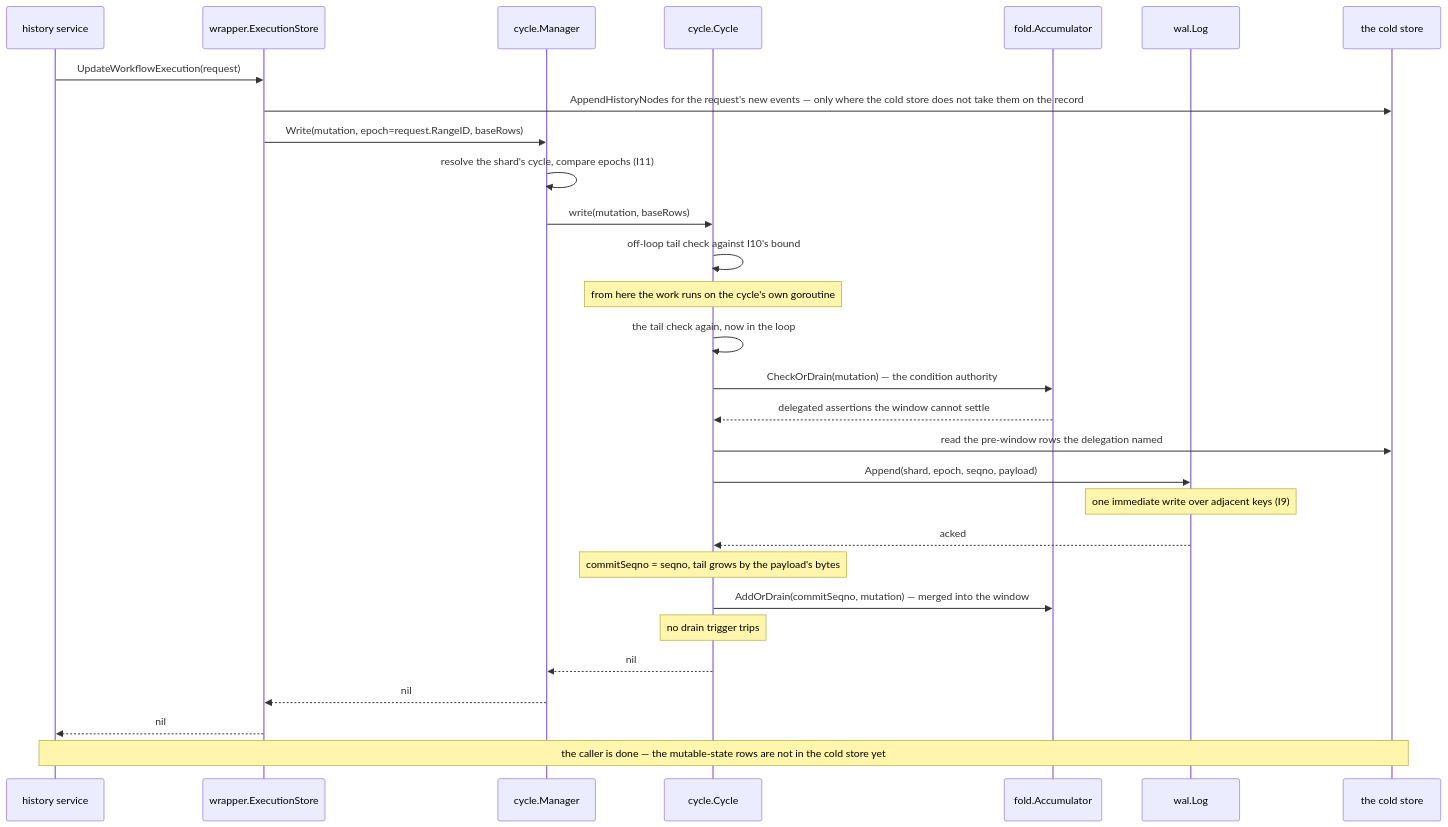
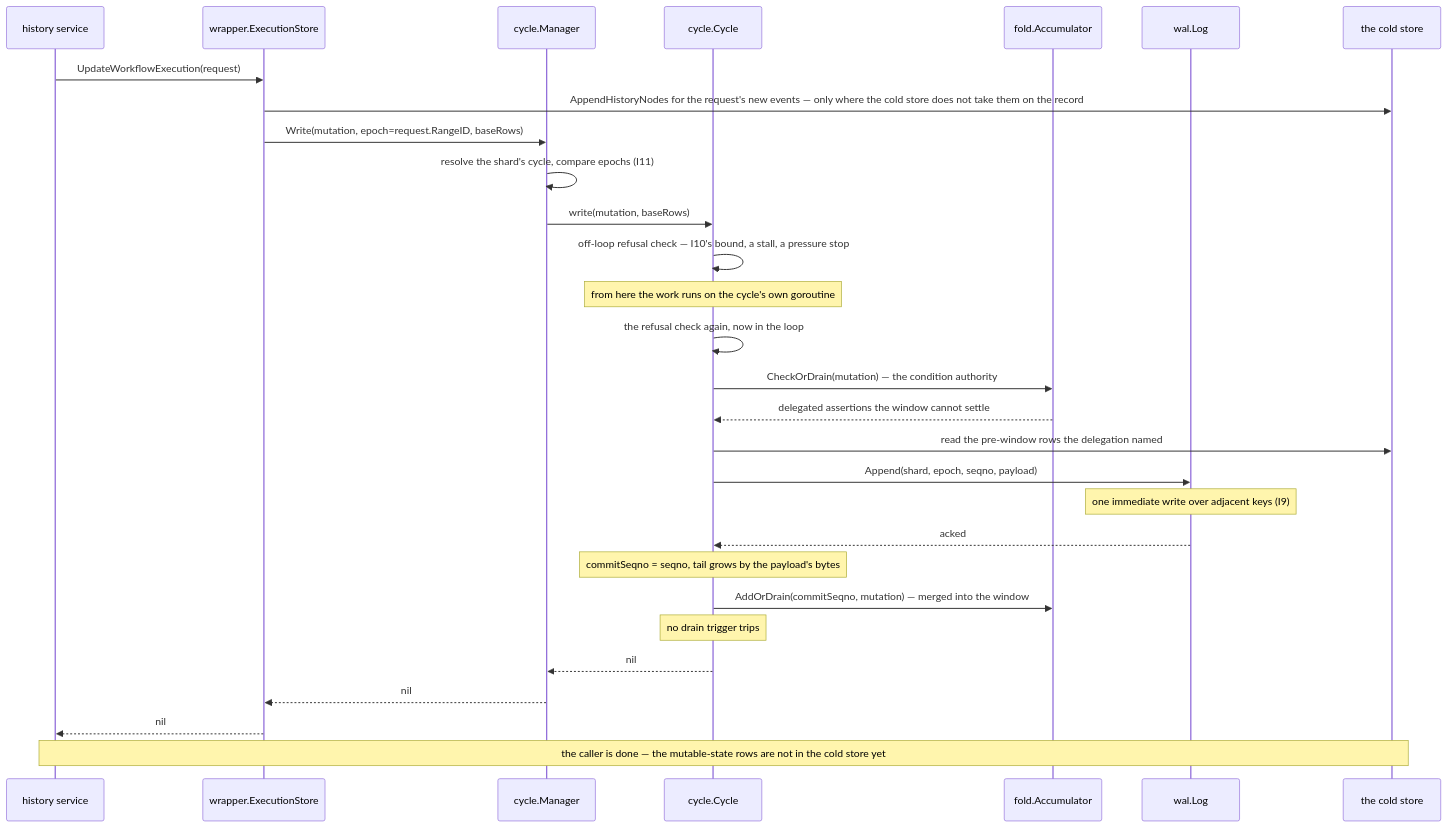
Before and after one commit to aromanovich/waltz: the first of 10 diagrams in docs/handbook/05-write-path.md, drawn with Mermaid. The commit also changed other lines of this file and 29 other files, not shown here.

````diff
--- a/docs/handbook/05-write-path.md
+++ b/docs/handbook/05-write-path.md
@@ -72,32 +72,32 @@
 ```mermaid
 sequenceDiagram
   participant HS as history service
   participant ES as wrapper.ExecutionStore
   participant MG as cycle.Manager
   participant CY as cycle.Cycle
   participant ACC as fold.Accumulator
   participant LOG as wal.Log
   participant CS as the cold store
 
   HS->>ES: UpdateWorkflowExecution(request)
   ES->>CS: AppendHistoryNodes for the request's new events — only where the cold store does not take them on the record
   ES->>MG: Write(mutation, epoch=request.RangeID, baseRows)
   MG->>MG: resolve the shard's cycle, compare epochs (I11)
   MG->>CY: write(mutation, baseRows)
-  CY->>CY: off-loop tail check against I10's bound
+  CY->>CY: off-loop refusal check — I10's bound, a stall, a pressure stop
   Note over CY: from here the work runs on the cycle's own goroutine
-  CY->>CY: the tail check again, now in the loop
+  CY->>CY: the refusal check again, now in the loop
   CY->>ACC: CheckOrDrain(mutation) — the condition authority
   ACC-->>CY: delegated assertions the window cannot settle
   CY->>CS: read the pre-window rows the delegation named
   CY->>LOG: Append(shard, epoch, seqno, payload)
   Note over LOG: one immediate write over adjacent keys (I9)
   LOG-->>CY: acked
   Note over CY: commitSeqno = seqno, tail grows by the payload's bytes
   CY->>ACC: AddOrDrain(commitSeqno, mutation) — merged into the window
   Note over CY: no drain trigger trips
   CY-->>MG: nil
   MG-->>ES: nil
   ES-->>HS: nil
   Note over HS,CS: the caller is done — the mutable-state rows are not in the cold store yet
 ```
````
